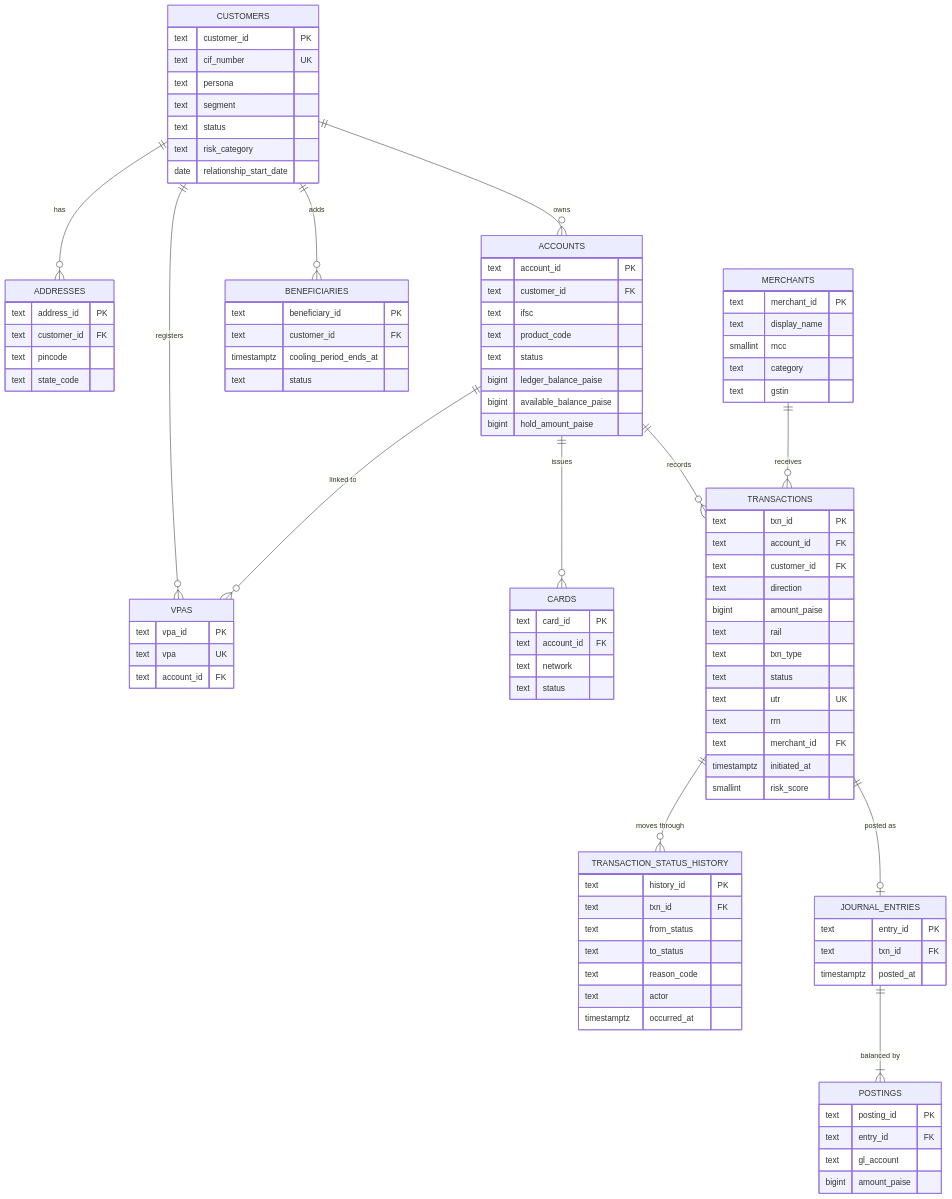
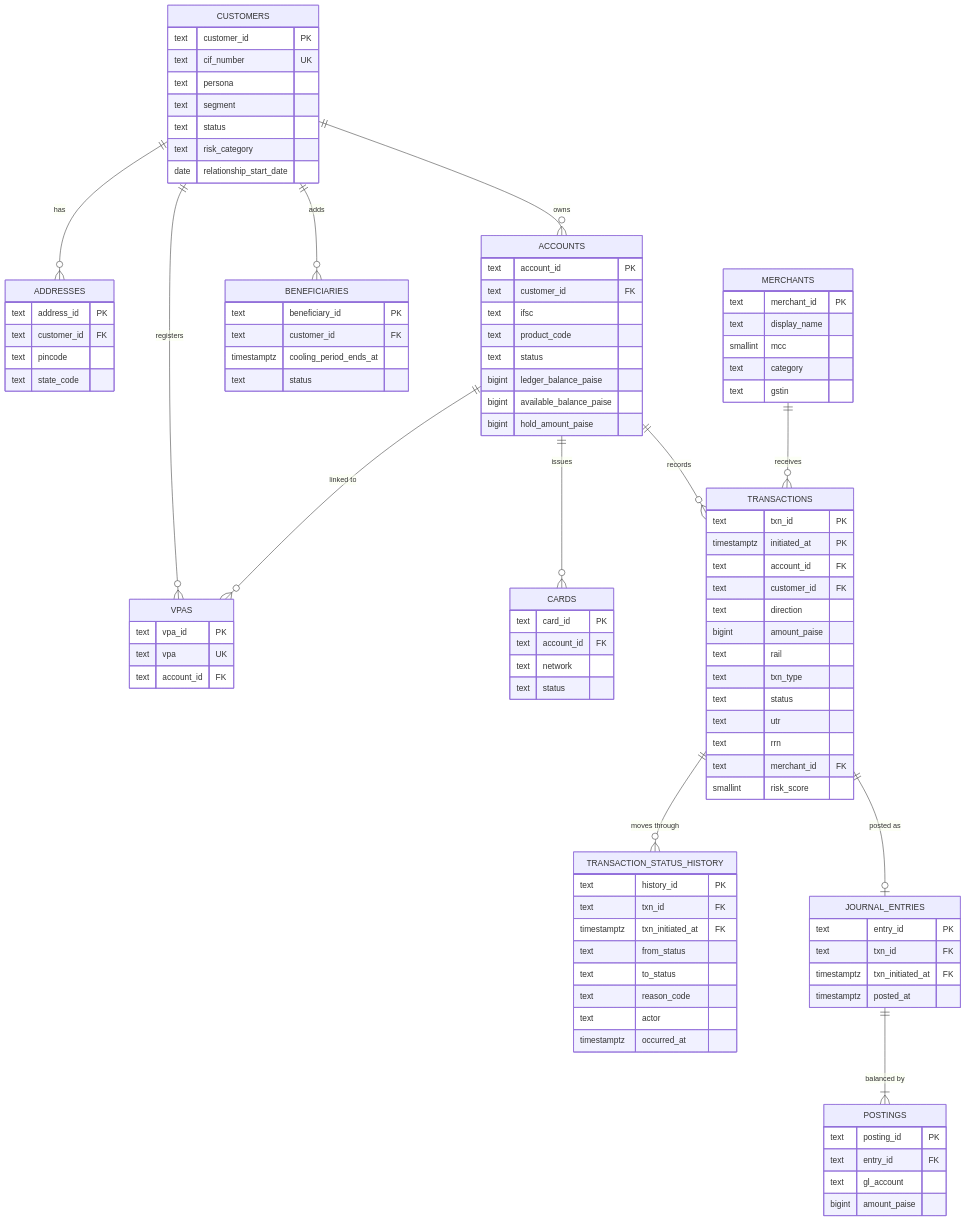
The first of 11 diagrams in docs/architecture/lld/data-model.md (sourav-dhar/ledgerlens-mcp), drawn with Mermaid before and after one commit. The commit also changed other lines of this file and 3 other files, not shown here.

```diff
--- a/docs/architecture/lld/data-model.md
+++ b/docs/architecture/lld/data-model.md
@@ -50,6 +50,7 @@
     }
     TRANSACTIONS {
         text txn_id PK
+        timestamptz initiated_at PK
         text account_id FK
         text customer_id FK
         text direction
@@ -57,15 +58,15 @@
         text rail
         text txn_type
         text status
-        text utr UK
+        text utr
         text rrn
         text merchant_id FK
-        timestamptz initiated_at
         smallint risk_score
     }
     TRANSACTION_STATUS_HISTORY {
         text history_id PK
         text txn_id FK
+        timestamptz txn_initiated_at FK
         text from_status
         text to_status
         text reason_code
@@ -75,6 +76,7 @@
     JOURNAL_ENTRIES {
         text entry_id PK
         text txn_id FK
+        timestamptz txn_initiated_at FK
         timestamptz posted_at
     }
     POSTINGS {
```
